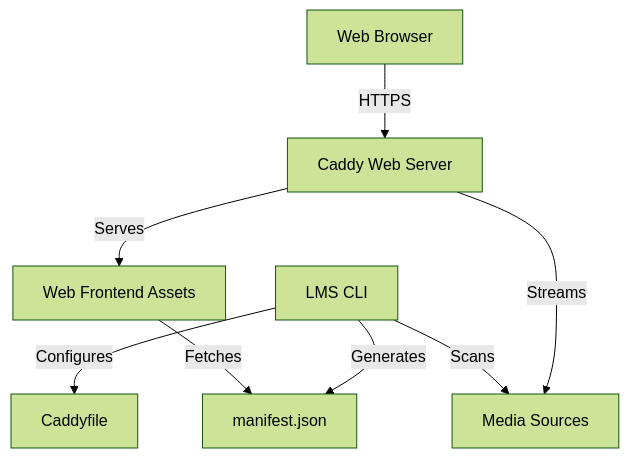
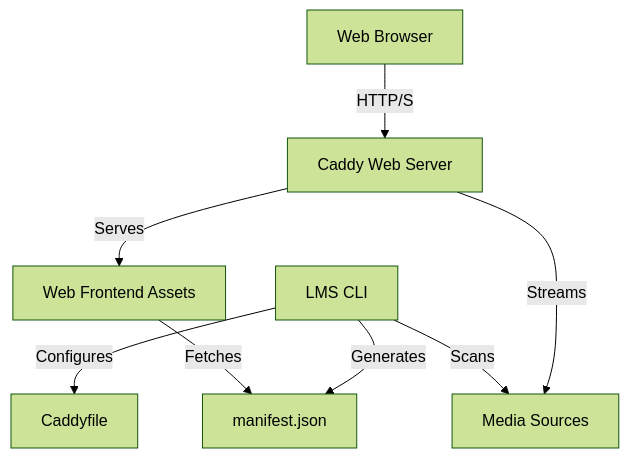
One commit to EmilPtr/LMS changed the diagram in README.md. Above: the diagram before and after it, drawn with Mermaid (forest theme). The commit also changed other lines of this file, not shown here.

````diff
--- a/README.md
+++ b/README.md
@@ -37,12 +21,12 @@
 ```mermaid
 graph TD
-    Browser[Web Browser] -->|HTTPS| Caddy[Caddy Web Server]
+    Browser[Web Browser] -->|HTTP/S| Caddy[Caddy Web Server]
     Caddy -->|Serves| Web[Web Frontend Assets]
     Caddy -->|Streams| Media[Media Sources]
     
     LMS_CLI[LMS CLI] -->|Configures| Caddyfile[Caddyfile]
     LMS_CLI -->|Scans| Media
     LMS_CLI -->|Generates| Manifest[manifest.json]
     
     Web -->|Fetches| Manifest
 ```
````
